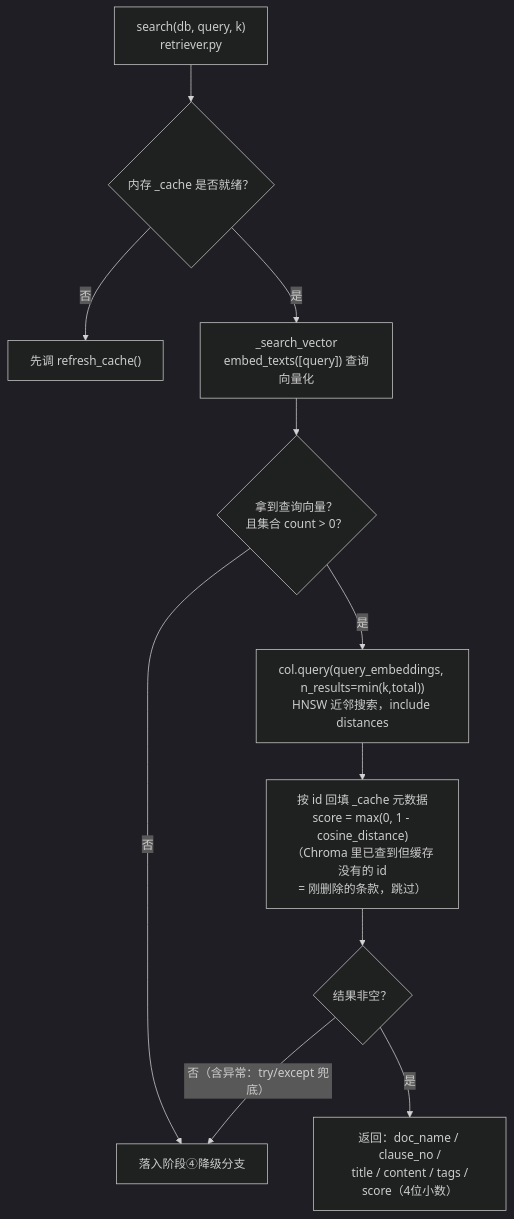
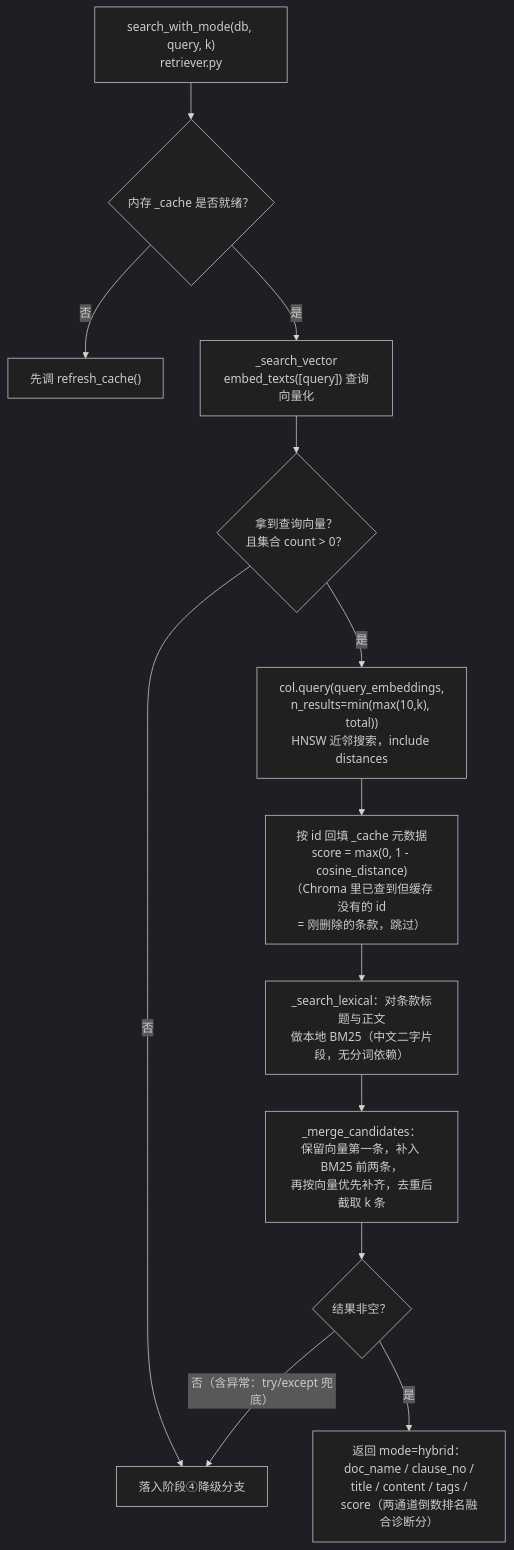
Before and after one commit to pandaadsas/zhuan-cloud: the third of 5 diagrams in docs/RAG检索实现分析.md, drawn with Mermaid (dark theme). The commit also changed other lines of this file and 4 other files, not shown here.

First line of the commit message:
docs: 同步依据核验、意图路由与混合检索的文档描述

````diff
--- a/docs/RAG检索实现分析.md
+++ b/docs/RAG检索实现分析.md
@@ -109,13 +109,15 @@
 ```mermaid
 flowchart TD
-    A["search(db, query, k)<br/>retriever.py"] --> B{"内存 _cache 是否就绪？"}
+    A["search_with_mode(db, query, k)<br/>retriever.py"] --> B{"内存 _cache 是否就绪？"}
     B -- "否" --> C["先调 refresh_cache()"]
     B -- 是 --> D["_search_vector<br/>embed_texts([query]) 查询向量化"]
     D --> E{"拿到查询向量？<br/>且集合 count > 0？"}
     E -- "否" --> H["落入阶段④降级分支"]
-    E -- 是 --> F["col.query(query_embeddings, n_results=min(k,total))<br/>HNSW 近邻搜索，include distances"]
+    E -- 是 --> F["col.query(query_embeddings,<br/>n_results=min(max(10,k), total))<br/>HNSW 近邻搜索，include distances"]
     F --> G["按 id 回填 _cache 元数据<br/>score = max(0, 1 - cosine_distance)<br/>（Chroma 里已查到但缓存没有的 id<br/>= 刚删除的条款，跳过）"]
-    G --> I{"结果非空？"}
-    I -- 是 --> J["返回：doc_name / clause_no /<br/>title / content / tags /<br/>score（4位小数）"]
+    G --> G2["_search_lexical：对条款标题与正文<br/>做本地 BM25（中文二字片段，无分词依赖）"]
+    G2 --> G3["_merge_candidates：<br/>保留向量第一条，补入 BM25 前两条，<br/>再按向量优先补齐，去重后截取 k 条"]
+    G3 --> I{"结果非空？"}
+    I -- 是 --> J["返回 mode=hybrid：doc_name / clause_no /<br/>title / content / tags /<br/>score（两通道倒数排名融合诊断分）"]
     I -- "否（含异常：try/except 兜底）" --> H
 ```
````
